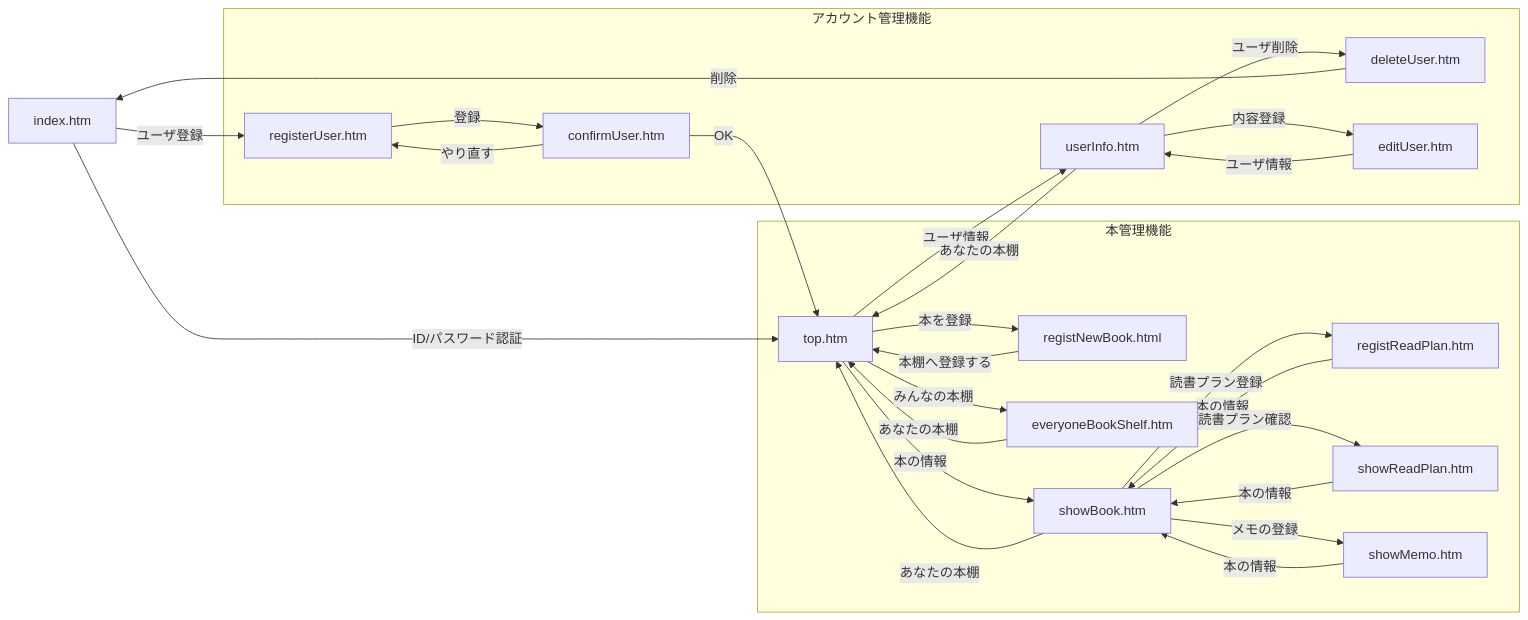
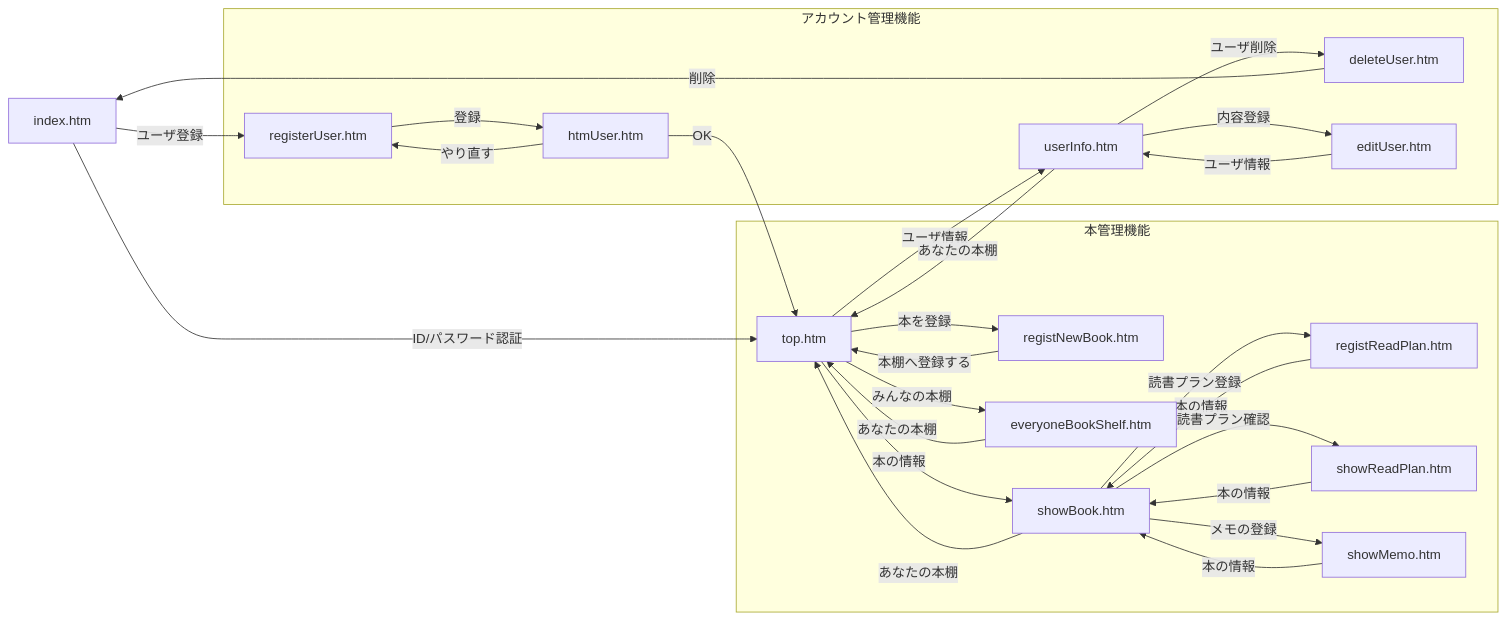
The second of 2 diagrams in README.md (tsubushiro/MyBookShelf), drawn with Mermaid before and after one commit. The commit also changed other lines of this file, not shown here.

````diff
--- a/README.md
+++ b/README.md
@@ -528,31 +528,31 @@
 ```mermaid
   graph LR
     index.htm --ID/パスワード認証--> top.htm 
     index.htm --ユーザ登録--> registerUser.htm
     deleteUser.htm --削除--> index.htm
     subgraph funcA [本管理機能]
-    top.htm --本を登録--> registNewBook.html 
+    top.htm --本を登録--> registNewBook.htm 
         top.htm --みんなの本棚 --> everyoneBookShelf.htm
         everyoneBookShelf.htm --あなたの本棚--> top.htm
-        registNewBook.html  --本棚へ登録する--> top.htm
+        registNewBook.htm  --本棚へ登録する--> top.htm
         top.htm --本の情報--> showBook.htm
         showBook.htm --あなたの本棚--> top.htm
         showBook.htm --読書プラン登録--> registReadPlan.htm
         registReadPlan.htm --本の情報--> showBook.htm
         showBook.htm --読書プラン確認--> showReadPlan.htm
         showReadPlan.htm --本の情報--> showBook.htm
         showBook.htm --メモの登録--> showMemo.htm
         showMemo.htm --本の情報--> showBook.htm
     end
 
     subgraph funcB [アカウント管理機能]
-        registerUser.htm --登録--> confirmUser.htm
-        confirmUser.htm　--やり直す--> registerUser.htm
-        confirmUser.htm --OK--> top.htm
+        registerUser.htm --登録--> htmUser.htm
+        htmUser.htm　--やり直す--> registerUser.htm
+        htmUser.htm --OK--> top.htm
         top.htm --ユーザ情報--> userInfo.htm
         userInfo.htm --あなたの本棚--> top.htm
         userInfo.htm --内容登録--> editUser.htm
         editUser.htm --ユーザ情報--> userInfo.htm
         userInfo.htm --ユーザ削除--> deleteUser.htm
     end
 ```
````
